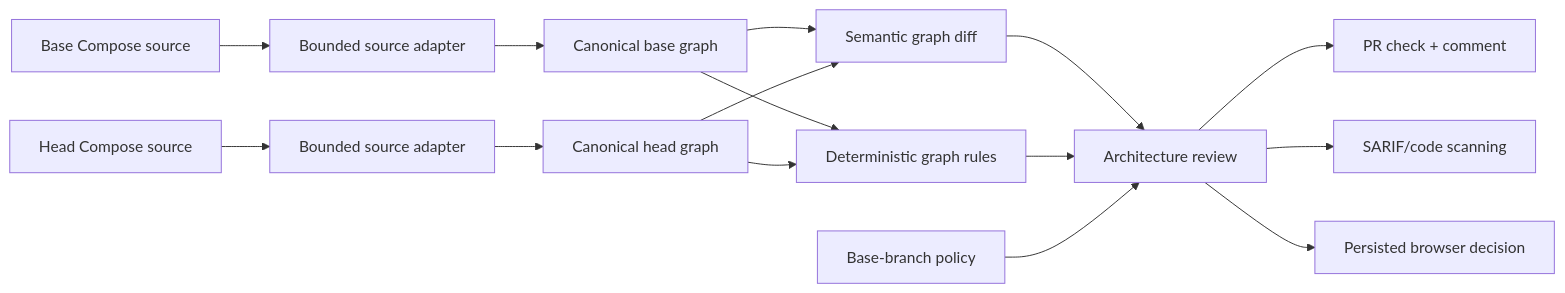
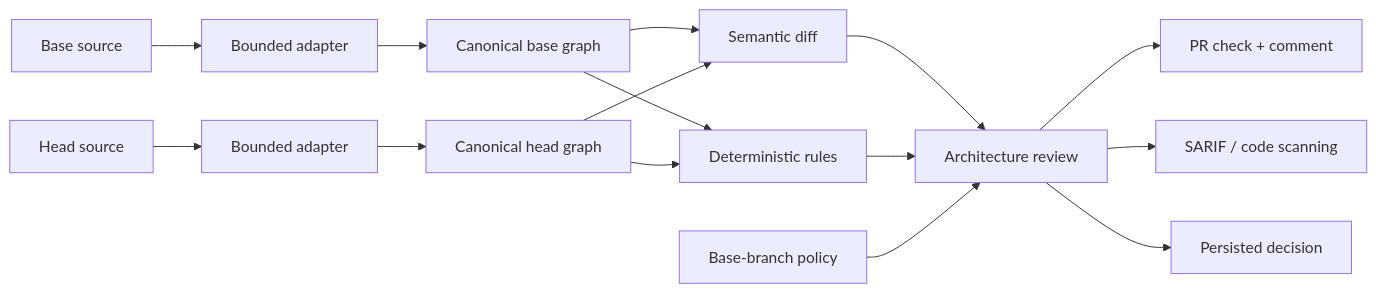
Before and after one commit to SanishKumar/System-Synthesis: the diagram in README.md, drawn with Mermaid. The commit also changed other lines of this file and 17 other files, not shown here.

````diff
--- a/README.md
+++ b/README.md
@@ -155,17 +150,17 @@
 ```mermaid
 flowchart LR
-    Base["Base Compose source"] --> ImportBase["Bounded source adapter"]
-    Head["Head Compose source"] --> ImportHead["Bounded source adapter"]
+    Base["Base source"] --> ImportBase["Bounded adapter"]
+    Head["Head source"] --> ImportHead["Bounded adapter"]
     ImportBase --> BaseGraph["Canonical base graph"]
     ImportHead --> HeadGraph["Canonical head graph"]
-    BaseGraph --> Diff["Semantic graph diff"]
+    BaseGraph --> Diff["Semantic diff"]
     HeadGraph --> Diff
-    BaseGraph --> Rules["Deterministic graph rules"]
+    BaseGraph --> Rules["Deterministic rules"]
     HeadGraph --> Rules
     Diff --> Review["Architecture review"]
     Rules --> Review
     Policy["Base-branch policy"] --> Review
     Review --> Check["PR check + comment"]
-    Review --> SARIF["SARIF/code scanning"]
-    Review --> Browser["Persisted browser decision"]
+    Review --> SARIF["SARIF / code scanning"]
+    Review --> Browser["Persisted decision"]
 ```
````
